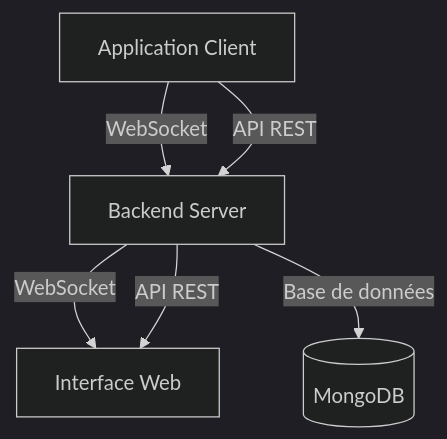
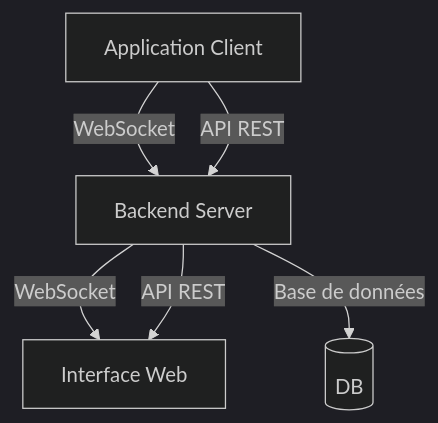
The diagram in README.md (NEHONIX/NehonixSmartLogger), drawn with Mermaid (dark theme) before and after one commit.

````diff
--- a/README.md
+++ b/README.md
@@ -32,8 +32,8 @@
 ```mermaid
 graph TD
     A[Application Client] -->|WebSocket| B[Backend Server]
     A -->|API REST| B
     B -->|WebSocket| C[Interface Web]
     B -->|API REST| C
-    B -->|Base de données| D[(MongoDB)]
+    B -->|Base de données| D[(DB)]
 ```
````
